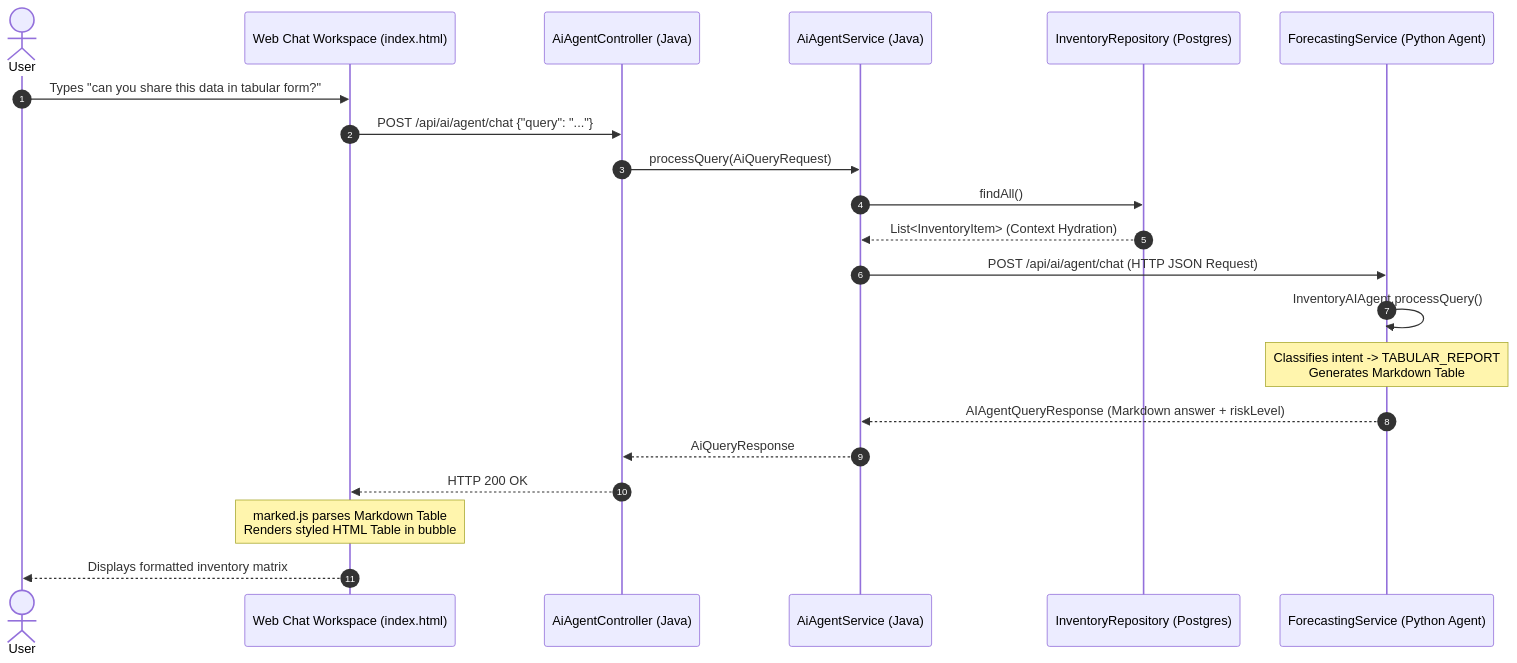
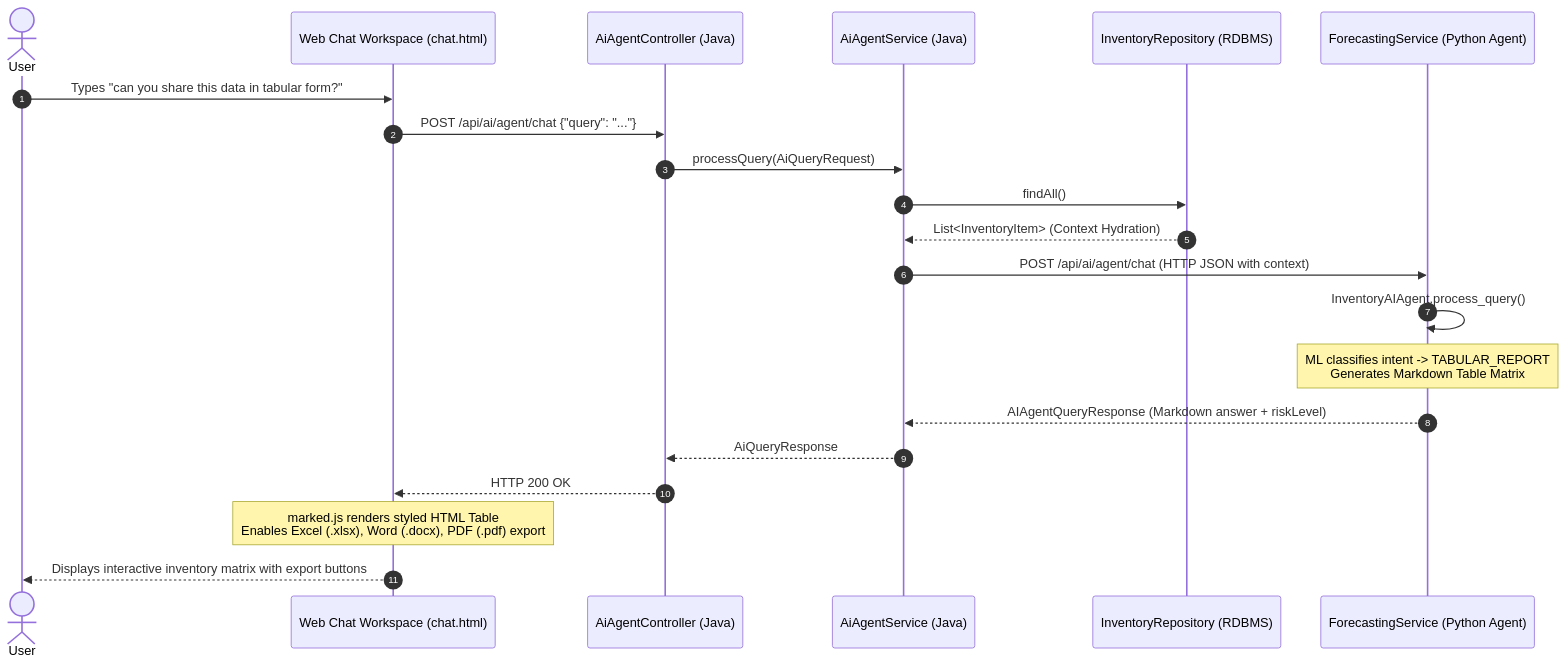
Before and after one commit to ervivekumrao/Agentic-inventory: the fourth of 5 diagrams in docs/ARCHITECTURE.md, drawn with Mermaid. The commit also changed other lines of this file and 148 other files, not shown here.

````diff
--- a/docs/ARCHITECTURE.md
+++ b/docs/ARCHITECTURE.md
@@ -69,24 +168,24 @@
 ```mermaid
 sequenceDiagram
     autonumber
     actor User
-    participant ChatUI as Web Chat Workspace (index.html)
+    participant ChatUI as Web Chat Workspace (chat.html)
     participant AiController as AiAgentController (Java)
     participant AiService as AiAgentService (Java)
-    participant InvRepo as InventoryRepository (Postgres)
+    participant InvRepo as InventoryRepository (RDBMS)
     participant FastApi as ForecastingService (Python Agent)
 
     User->>ChatUI: Types "can you share this data in tabular form?"
     ChatUI->>AiController: POST /api/ai/agent/chat {"query": "..."}
     AiController->>AiService: processQuery(AiQueryRequest)
     AiService->>InvRepo: findAll()
     InvRepo-->>AiService: List<InventoryItem> (Context Hydration)
-    AiService->>FastApi: POST /api/ai/agent/chat (HTTP JSON Request)
-    FastApi->>FastApi: InventoryAIAgent.processQuery()
-    Note over FastApi: Classifies intent -> TABULAR_REPORT<br/>Generates Markdown Table
+    AiService->>FastApi: POST /api/ai/agent/chat (HTTP JSON with context)
+    FastApi->>FastApi: InventoryAIAgent.process_query()
+    Note over FastApi: ML classifies intent -> TABULAR_REPORT<br/>Generates Markdown Table Matrix
     FastApi-->>AiService: AIAgentQueryResponse (Markdown answer + riskLevel)
     AiService-->>AiController: AiQueryResponse
     AiController-->>ChatUI: HTTP 200 OK
-    Note over ChatUI: marked.js parses Markdown Table<br/>Renders styled HTML Table in bubble
-    ChatUI-->>User: Displays formatted inventory matrix
+    Note over ChatUI: marked.js renders styled HTML Table<br/>Enables Excel (.xlsx), Word (.docx), PDF (.pdf) export
+    ChatUI-->>User: Displays interactive inventory matrix with export buttons
 ```
````
